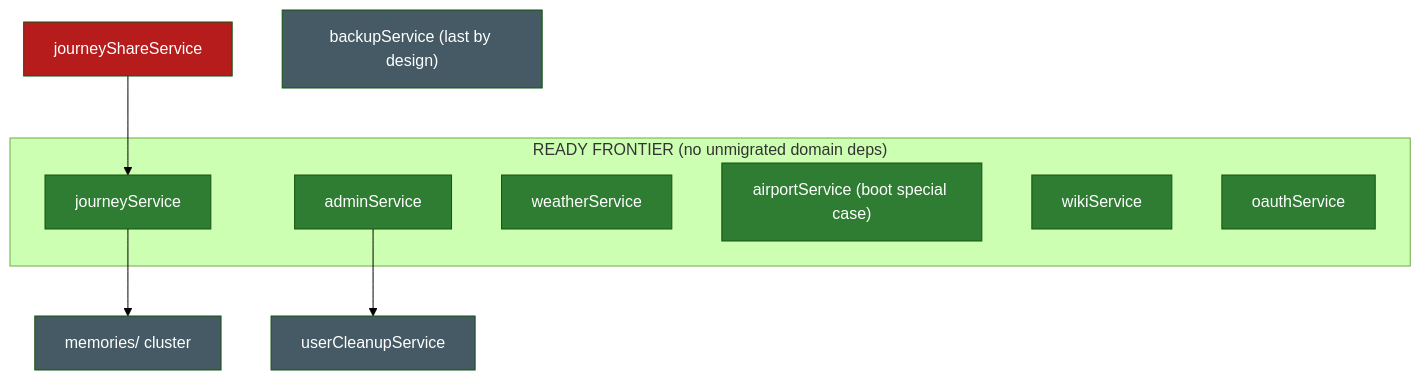
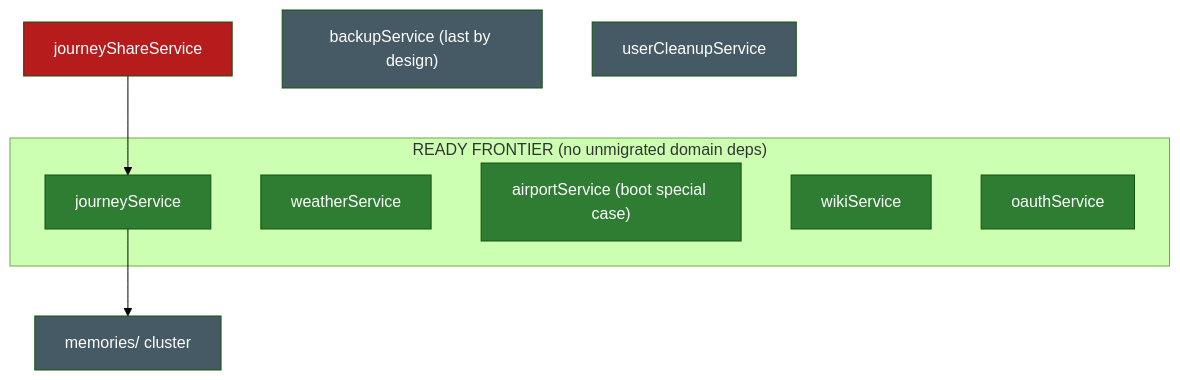
The diagram in migration-graph.md (BeInLife/TREK), drawn with Mermaid (forest theme) before and after one commit. The commit also changed other lines of this file and 2 other files, not shown here.

First line of the commit message:
docs: regenerate migration-graph after the admin fold

````diff
--- a/migration-graph.md
+++ b/migration-graph.md
@@ -447,25 +503,23 @@
 ```mermaid
 flowchart TD
   classDef ready fill:#2e7d32,color:#fff
   classDef blocked fill:#b71c1c,color:#fff
   classDef hub fill:#e65100,color:#fff
   classDef infra fill:#455a64,color:#fff
 
   subgraph frontier["READY FRONTIER (no unmigrated domain deps)"]
-    admin[adminService]:::ready
     journey[journeyService]:::ready
     weather[weatherService]:::ready
     airport["airportService (boot special case)"]:::ready
     wiki[wikiService]:::ready
     oauth[oauthService]:::ready
   end
 
   journeyShare[journeyShareService]:::blocked
   backup["backupService (last by design)"]:::infra
   memories["memories/ cluster"]:::infra
   cleanup[userCleanupService]:::infra
 
-  admin --> cleanup
   journey --> memories
   journeyShare --> journey
 ```
````
